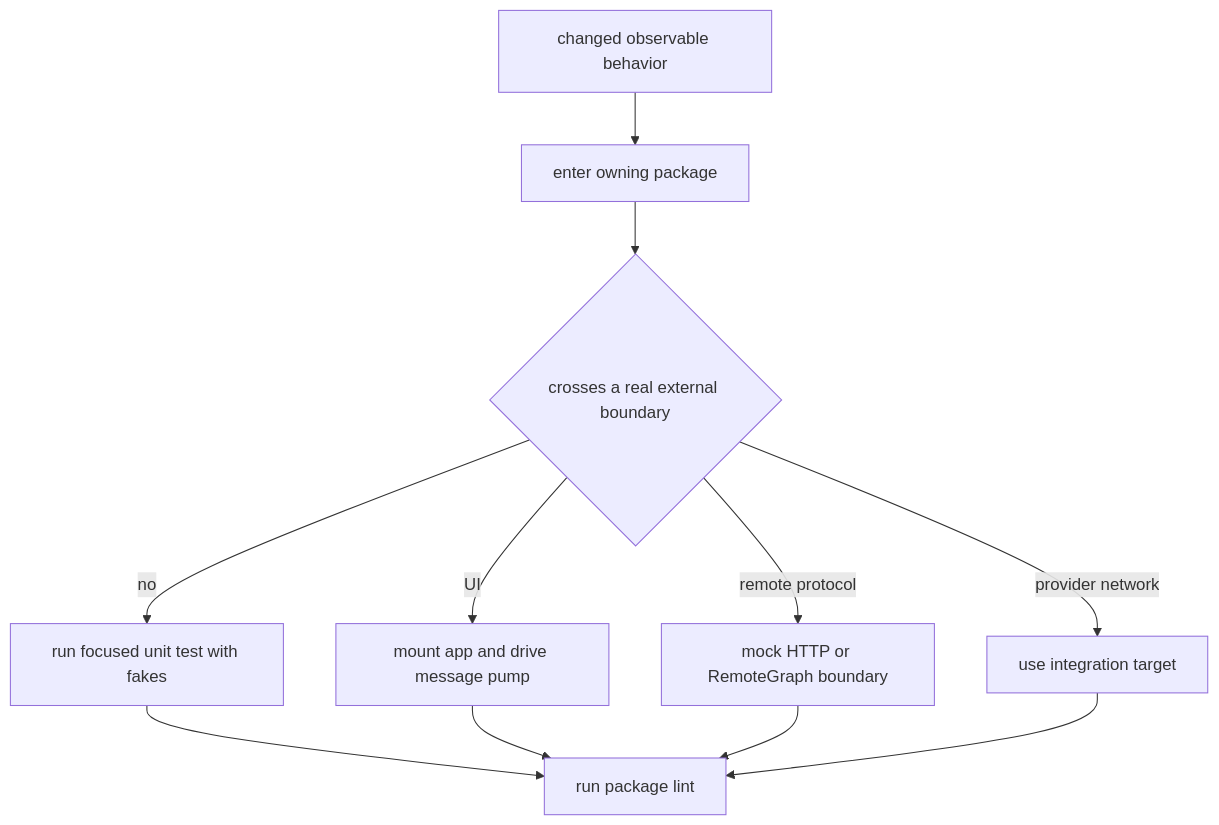
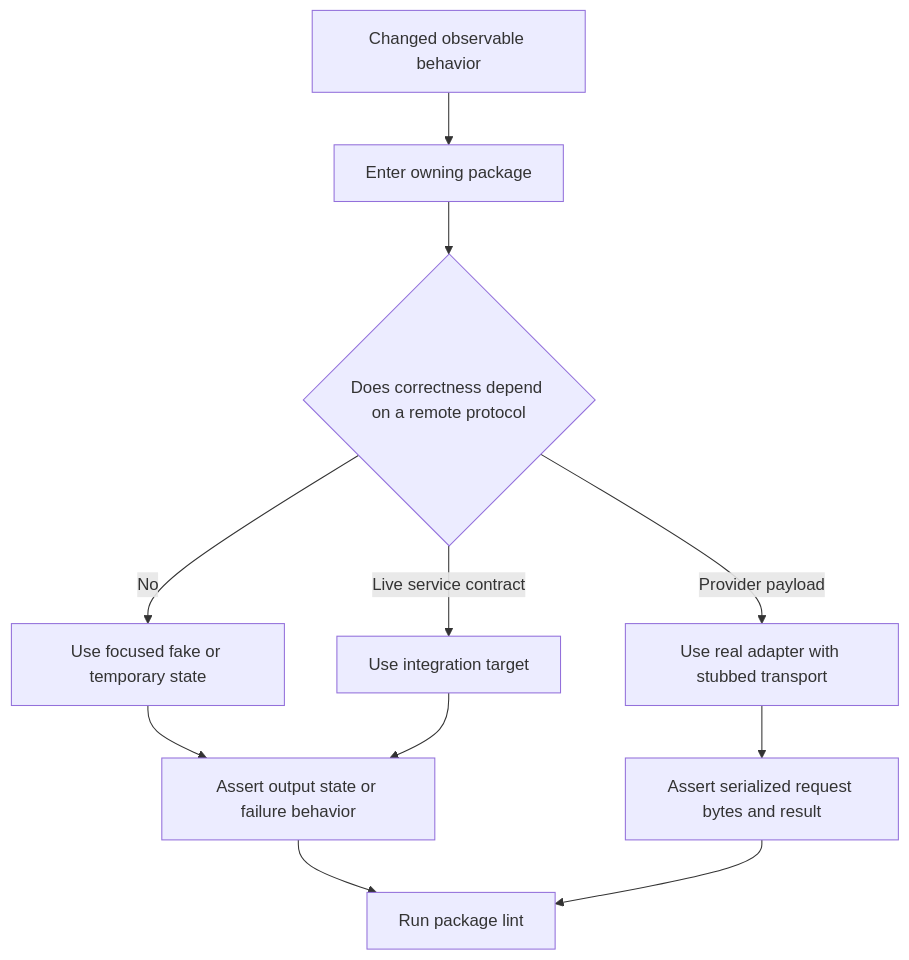
One commit to langchain-ai/deepagents changed the diagram in openwiki/testing/testing-guide.md. Above: the diagram before and after it, drawn with Mermaid. The commit also changed other lines of this file and 34 other files, not shown here.

````diff
--- a/openwiki/testing/testing-guide.md
+++ b/openwiki/testing/testing-guide.md
@@ -122,13 +90,13 @@
 ```mermaid
 flowchart TD
-    Change["changed observable behavior"] --> Package["enter owning package"]
-    Package --> Boundary{"crosses a real external boundary"}
-    Boundary -->|"no"| Unit["run focused unit test with fakes"]
-    Boundary -->|"UI"| TUI["mount app and drive message pump"]
-    Boundary -->|"remote protocol"| Transport["mock HTTP or RemoteGraph boundary"]
-    Boundary -->|"provider network"| Integration["use integration target"]
-    Unit --> Lint["run package lint"]
-    TUI --> Lint
-    Transport --> Lint
-    Integration --> Lint
+    Change["Changed observable behavior"] --> Owner["Enter owning package"]
+    Owner --> Remote{"Does correctness depend on a remote protocol"}
+    Remote -->|"No"| Fake["Use focused fake or temporary state"]
+    Remote -->|"Provider payload"| Adapter["Use real adapter with stubbed transport"]
+    Remote -->|"Live service contract"| Integration["Use integration target"]
+    Fake --> Assert["Assert output state or failure behavior"]
+    Adapter --> Bytes["Assert serialized request bytes and result"]
+    Integration --> Assert
+    Assert --> Lint["Run package lint"]
+    Bytes --> Lint
 ```
````
